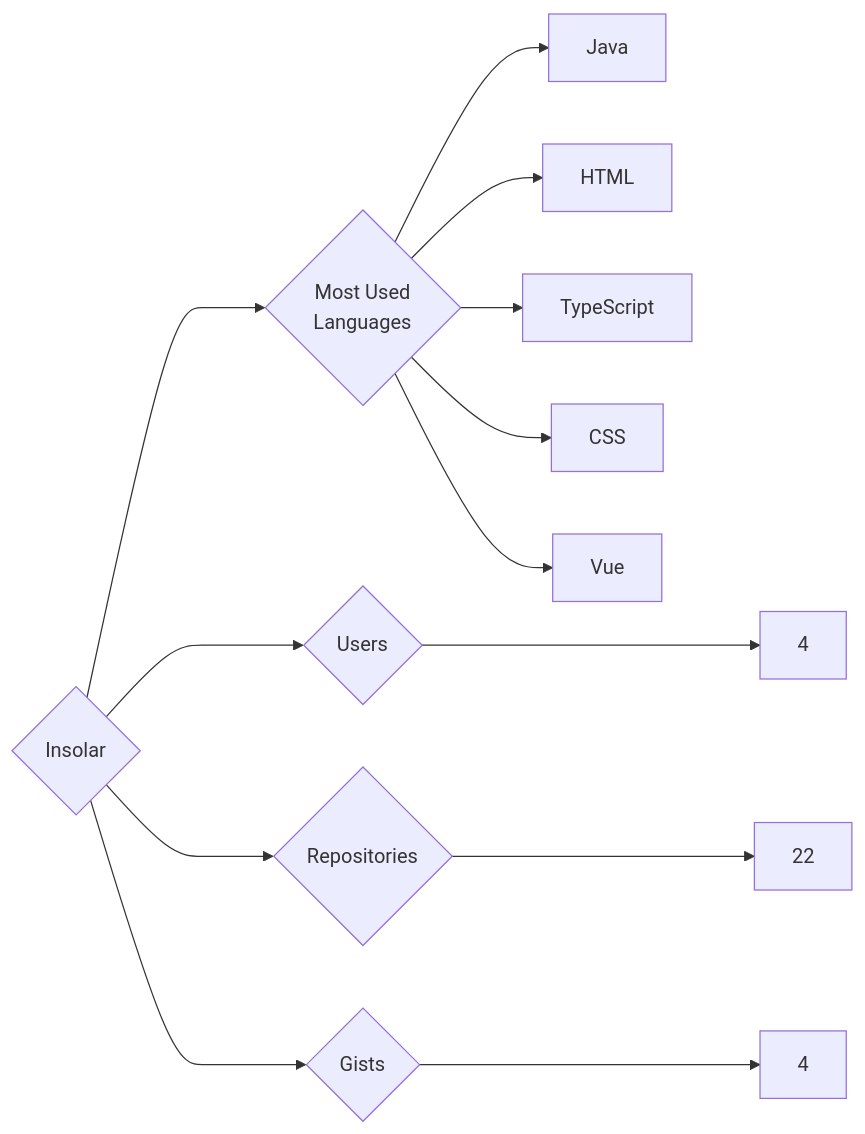
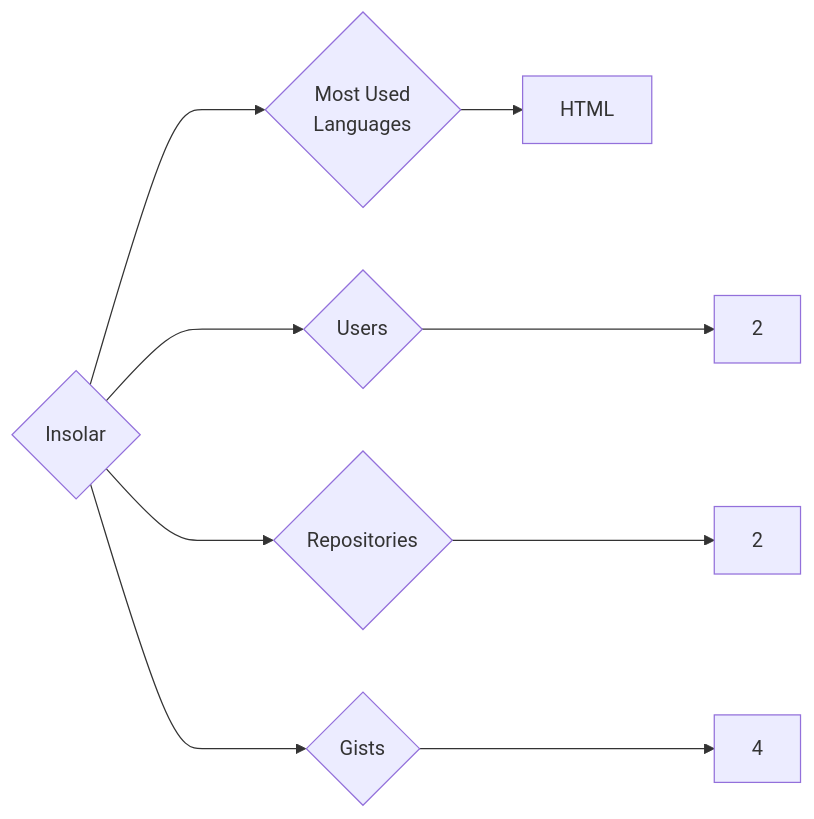
One commit to trickest/insiders changed the diagram in targets/Insolar/README.md. Above: the diagram before and after it, drawn with Mermaid. The commit also changed 772 other files, not shown here.

````diff
--- a/targets/Insolar/README.md
+++ b/targets/Insolar/README.md
@@ -3,13 +3,9 @@
 ```mermaid
 graph LR
 COMPANY_NAME{Insolar}
-COMPANY_NAME ---> U{Users} ---> UN[4]
-COMPANY_NAME ---> R{Repositories} ---> RN[22]
+COMPANY_NAME ---> U{Users} ---> UN[2]
+COMPANY_NAME ---> R{Repositories} ---> RN[2]
 COMPANY_NAME ---> G{Gists} ---> GN[4]
 COMPANY_NAME ---> ML{Most Used<br>Languages}
-ML --> Java[Java]
 ML --> HTML[HTML]
-ML --> TypeScript[TypeScript]
-ML --> CSS[CSS]
-ML --> Vue[Vue]
 ```
````
